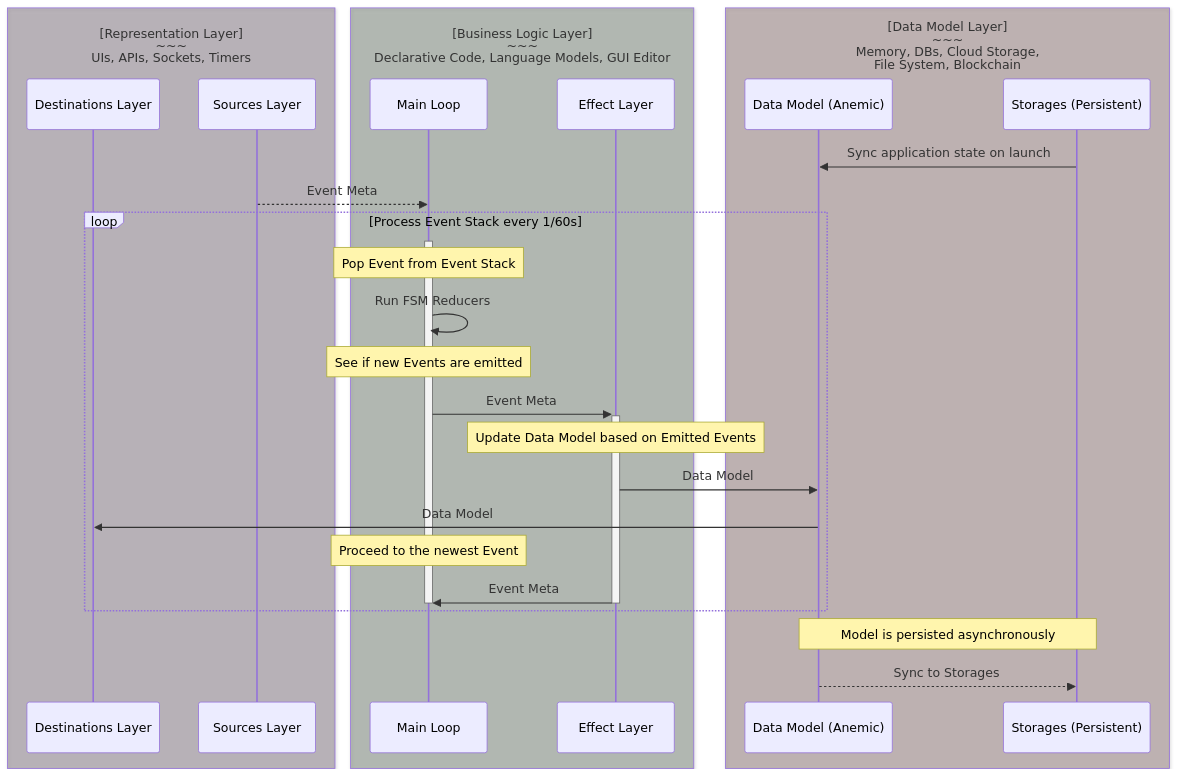
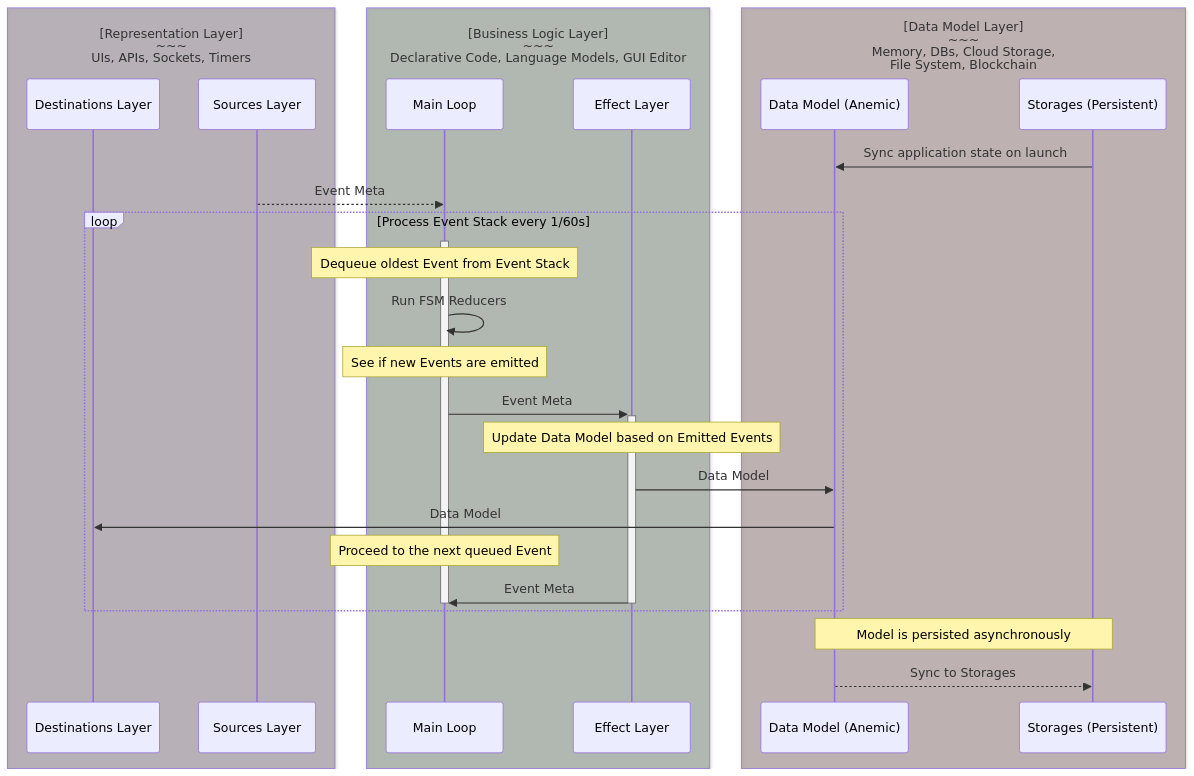
Before and after one commit to tfcp68/yantrix: the fifth of 5 diagrams in docs/concepts/400_data_flow.md, drawn with Mermaid. The commit also changed 1 other file, not shown here.

Commit message:
docs: align event stack with fifo processing

````diff
--- a/docs/concepts/400_data_flow.md
+++ b/docs/concepts/400_data_flow.md
@@ -140,32 +140,32 @@
 ```mermaid
 sequenceDiagram
 	box rgba(25,0,25,0.25) [Representation Layer]<br/>~~~</br>UIs, APIs, Sockets, Timers
 		participant DST as Destinations Layer
 		participant SRC as Sources Layer
 	end
 	box rgba(0,25,0,0.25) [Business Logic Layer]<br/>~~~</br>Declarative Code, Language Models, GUI Editor
 		participant MT as Main Loop
 		participant EL as Effect Layer
 	end
 	box rgba(50,0,0,0.25) [Data Model Layer]<br/>~~~</br>Memory, DBs, Cloud Storage,<br/> File System, Blockchain
 		participant MDL as Data Model (Anemic)
 		participant DB as Storages (Persistent)
 	end
 	DB ->> MDL: Sync application state on launch
 	SRC -->> MT: Event Meta
 	loop Process Event Stack every 1/60s
 		activate MT
-		Note over MT: Pop Event from Event Stack
+		Note over MT: Dequeue oldest Event from Event Stack
 		MT ->> MT: Run FSM Reducers
 		Note over MT: See if new Events are emitted
 		MT ->>+ EL: Event Meta
 		note over EL: Update Data Model based on Emitted Events
 		EL ->> MDL: Data Model
 		MDL ->> DST: Data Model
-		note over MT: Proceed to the newest Event
+		note over MT: Proceed to the next queued Event
 		EL ->>- MT: Event Meta
 		deactivate MT
 	end
 	Note over MDL, DB: Model is persisted asynchronously
 	MDL -->> DB: Sync to Storages
 ```
````
